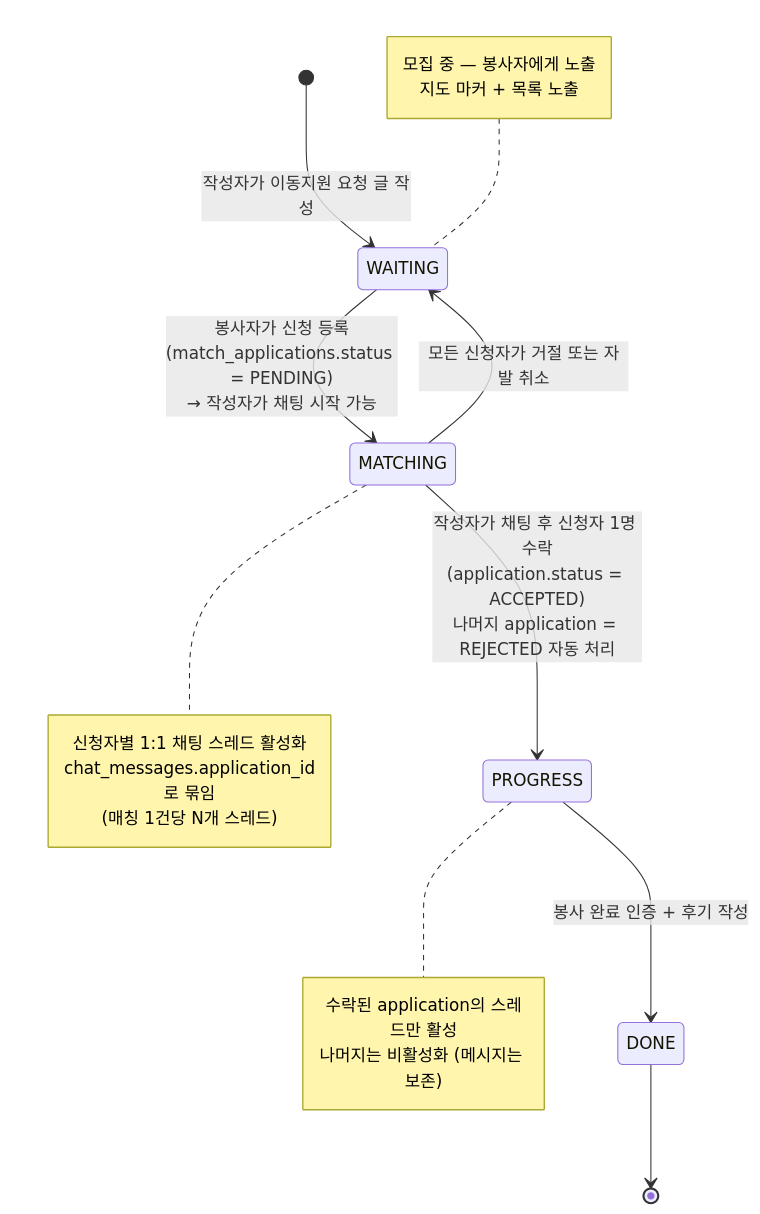
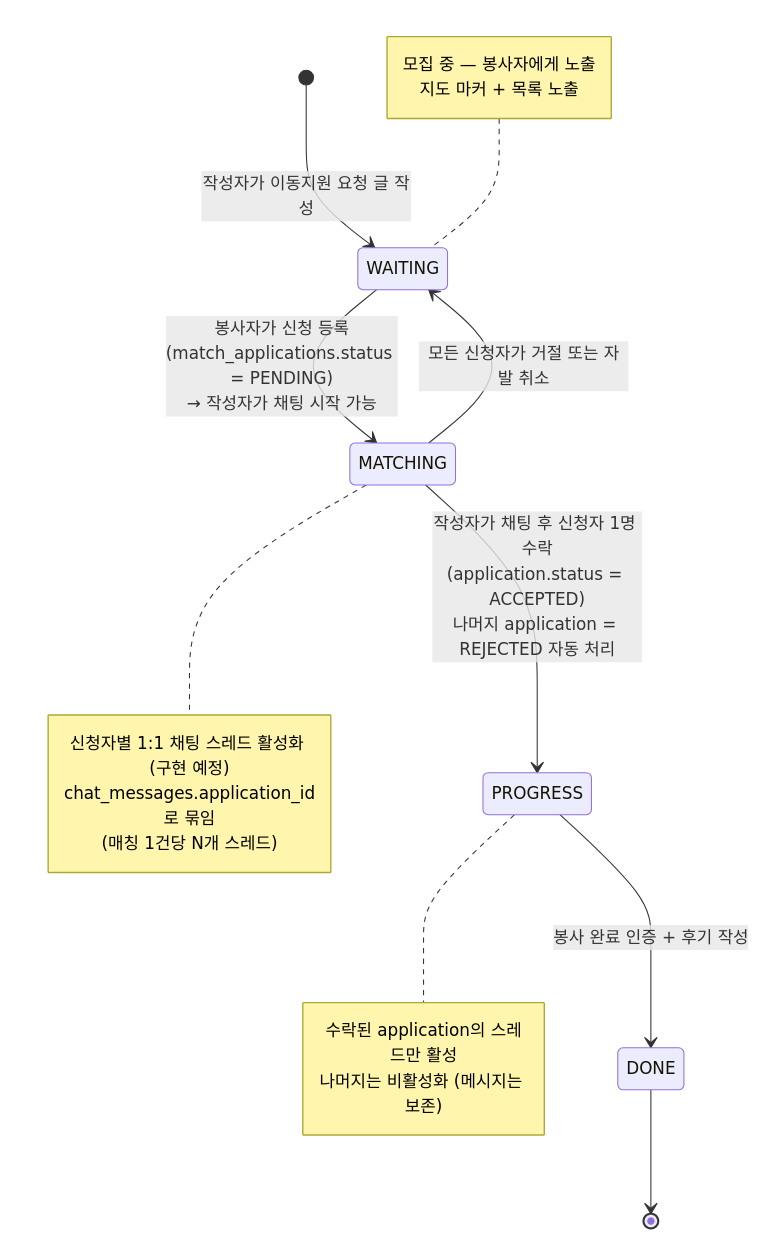
The fourth of 6 diagrams in docs/feature-diagram.md (2026-1-mobile-programming-team-3/backend), drawn with Mermaid before and after one commit. The commit also changed other lines of this file and 30 other files, not shown here.

````diff
--- a/docs/feature-diagram.md
+++ b/docs/feature-diagram.md
@@ -107,23 +142,23 @@
 ```mermaid
 stateDiagram-v2
     [*] --> WAITING : 작성자가 이동지원 요청 글 작성
     WAITING --> MATCHING : 봉사자가 신청 등록<br>(match_applications.status = PENDING)<br>→ 작성자가 채팅 시작 가능
     MATCHING --> WAITING : 모든 신청자가 거절 또는 자발 취소
     MATCHING --> PROGRESS : 작성자가 채팅 후 신청자 1명 수락<br>(application.status = ACCEPTED)<br>나머지 application = REJECTED 자동 처리
     PROGRESS --> DONE : 봉사 완료 인증 + 후기 작성
     DONE --> [*]
 
     note left of WAITING
         모집 중 — 봉사자에게 노출
         지도 마커 + 목록 노출
     end note
     note right of MATCHING
-        신청자별 1:1 채팅 스레드 활성화
+        신청자별 1:1 채팅 스레드 활성화 (구현 예정)
         chat_messages.application_id로 묶임
         (매칭 1건당 N개 스레드)
     end note
     note right of PROGRESS
         수락된 application의 스레드만 활성
         나머지는 비활성화 (메시지는 보존)
     end note
 ```
````
